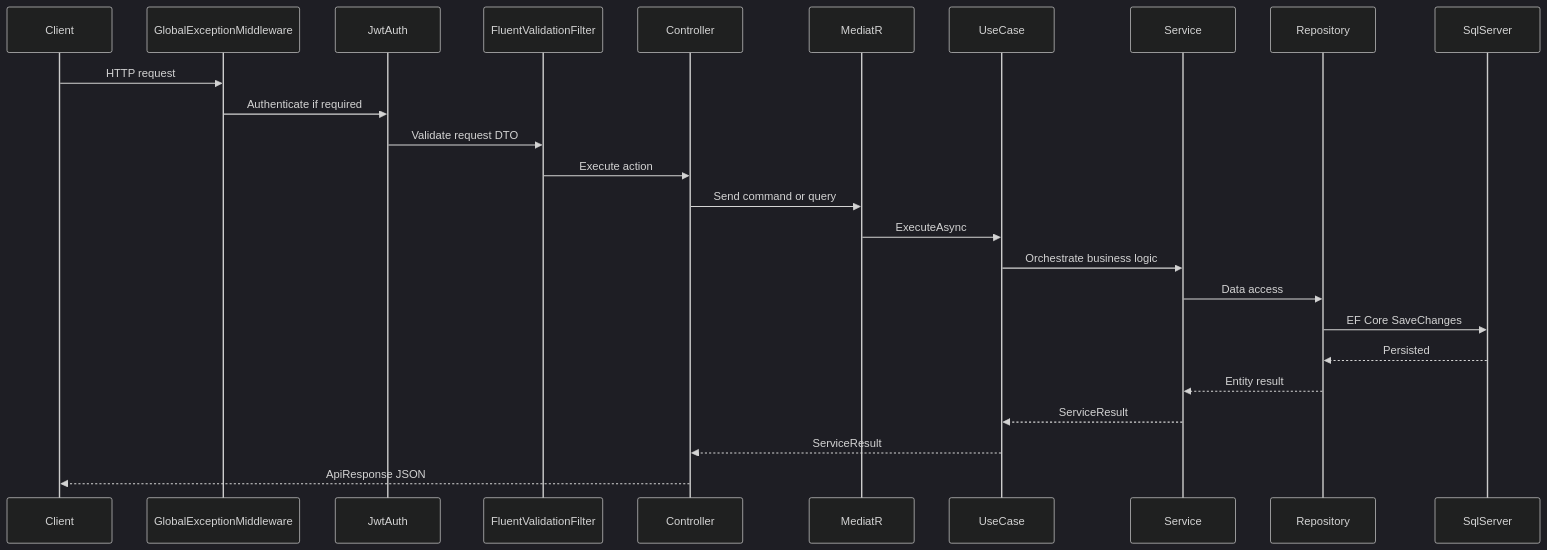
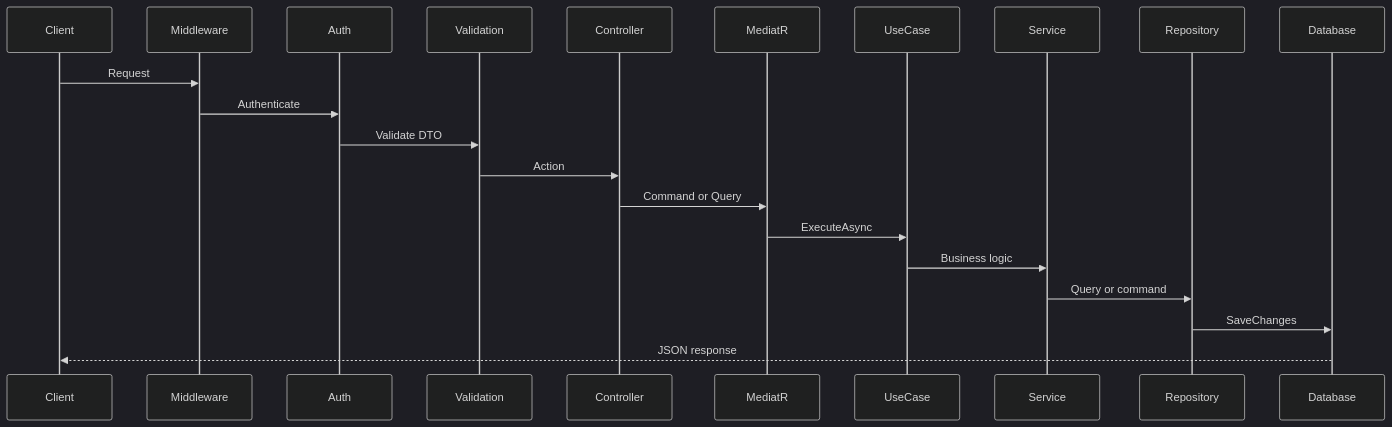
The third of 6 diagrams in README.md (ahmed-aliii/ElectroPi-Assessment-Task), drawn with Mermaid (dark theme) before and after one commit. The commit also changed other lines of this file, not shown here.

````diff
--- a/README.md
+++ b/README.md
@@ -144,28 +107,24 @@
 ```mermaid
 sequenceDiagram
-    participant client as Client
-    participant middleware as GlobalExceptionMiddleware
-    participant auth as JwtAuth
-    participant filter as FluentValidationFilter
-    participant controller as Controller
-    participant mediator as MediatR
-    participant useCase as UseCase
-    participant service as Service
-    participant repository as Repository
-    participant database as SqlServer
+    participant C as Client
+    participant M as Middleware
+    participant A as Auth
+    participant F as Validation
+    participant Ctrl as Controller
+    participant Med as MediatR
+    participant UC as UseCase
+    participant Svc as Service
+    participant Repo as Repository
+    participant DB as Database
 
-    client->>middleware: HTTP request
-    middleware->>auth: Authenticate if required
-    auth->>filter: Validate request DTO
-    filter->>controller: Execute action
-    controller->>mediator: Send command or query
-    mediator->>useCase: ExecuteAsync
-    useCase->>service: Orchestrate business logic
-    service->>repository: Data access
-    repository->>database: EF Core SaveChanges
-    database-->>repository: Persisted
-    repository-->>service: Entity result
-    service-->>useCase: ServiceResult
-    useCase-->>controller: ServiceResult
-    controller-->>client: ApiResponse JSON
+    C->>M: Request
+    M->>A: Authenticate
+    A->>F: Validate DTO
+    F->>Ctrl: Action
+    Ctrl->>Med: Command or Query
+    Med->>UC: ExecuteAsync
+    UC->>Svc: Business logic
+    Svc->>Repo: Query or command
+    Repo->>DB: SaveChanges
+    DB-->>C: JSON response
 ```
````
